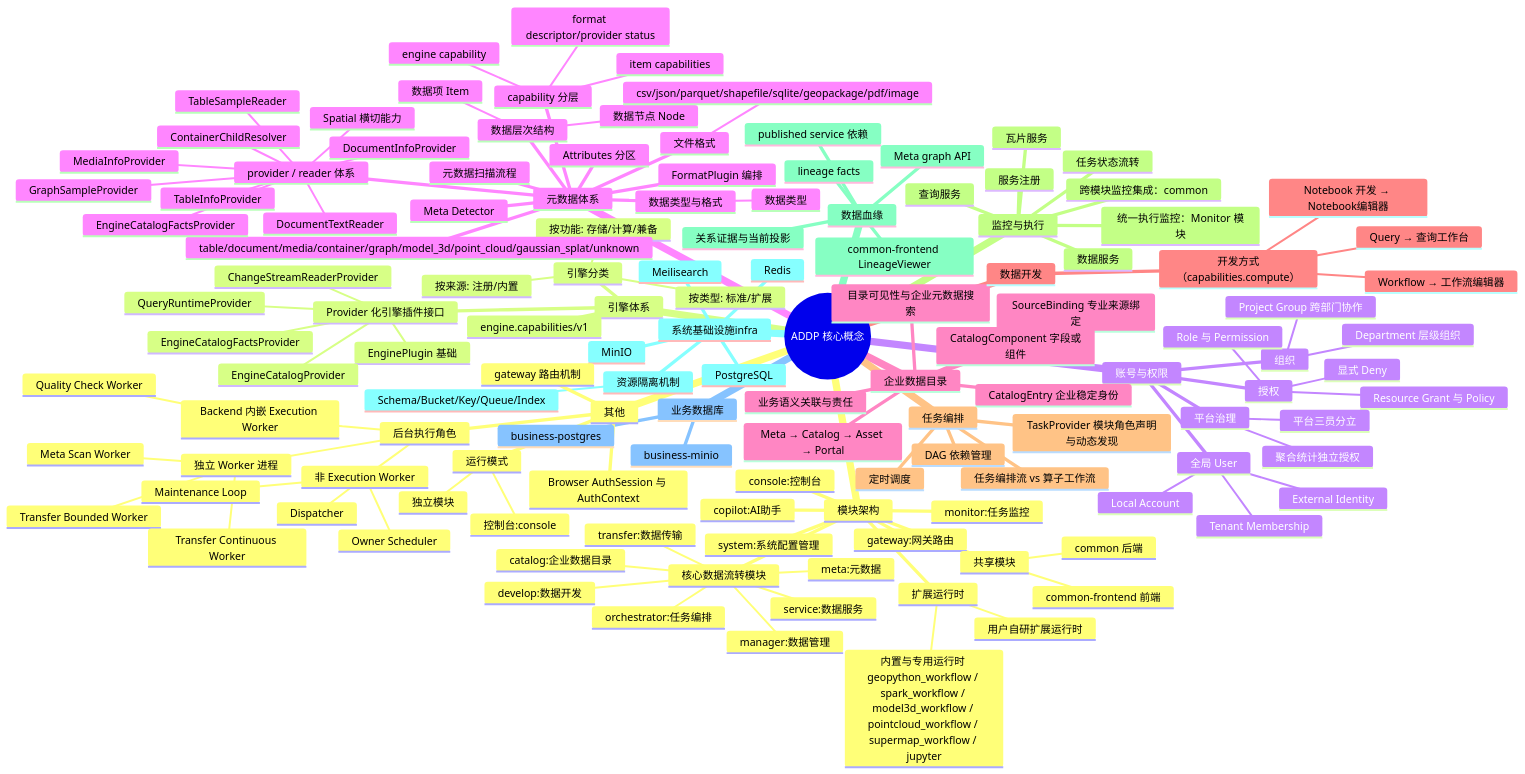
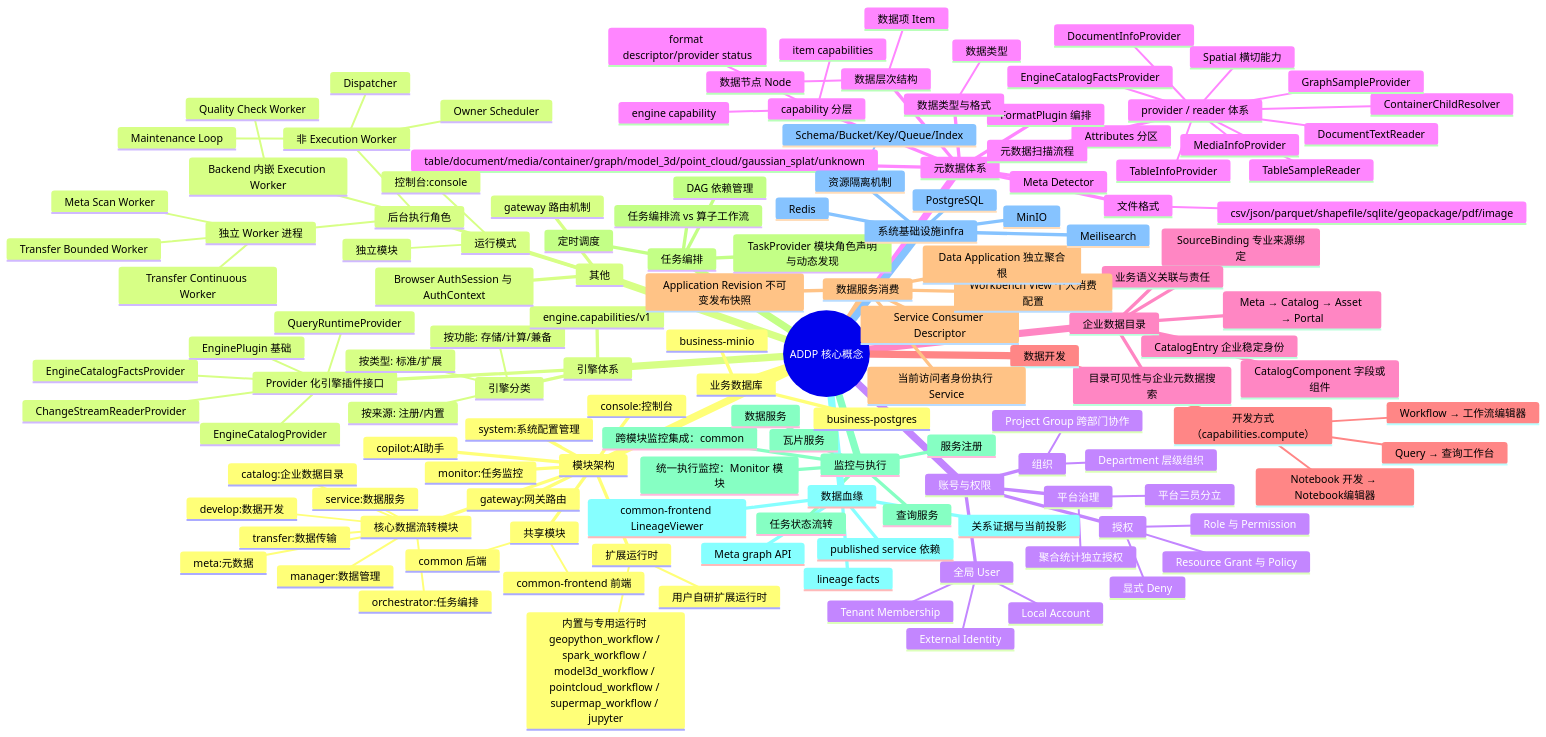
Before and after one commit to pampa0629/addp: the first of 2 diagrams in docs/concepts/addp核心概念关系图.md, drawn with Mermaid. The commit also changed 190 other files, not shown here.

```diff
--- a/docs/concepts/addp核心概念关系图.md
+++ b/docs/concepts/addp核心概念关系图.md
@@ -105,6 +105,12 @@
         Query → 查询工作台
         Workflow → 工作流编辑器
         Notebook 开发 → Notebook编辑器
+    数据服务消费
+      Service Consumer Descriptor
+      Workbench View 个人消费配置
+      Data Application 独立聚合根
+      Application Revision 不可变发布快照
+      当前访问者身份执行 Service
     任务编排
       TaskProvider 模块角色声明与动态发现
       任务编排流 vs 算子工作流
```
